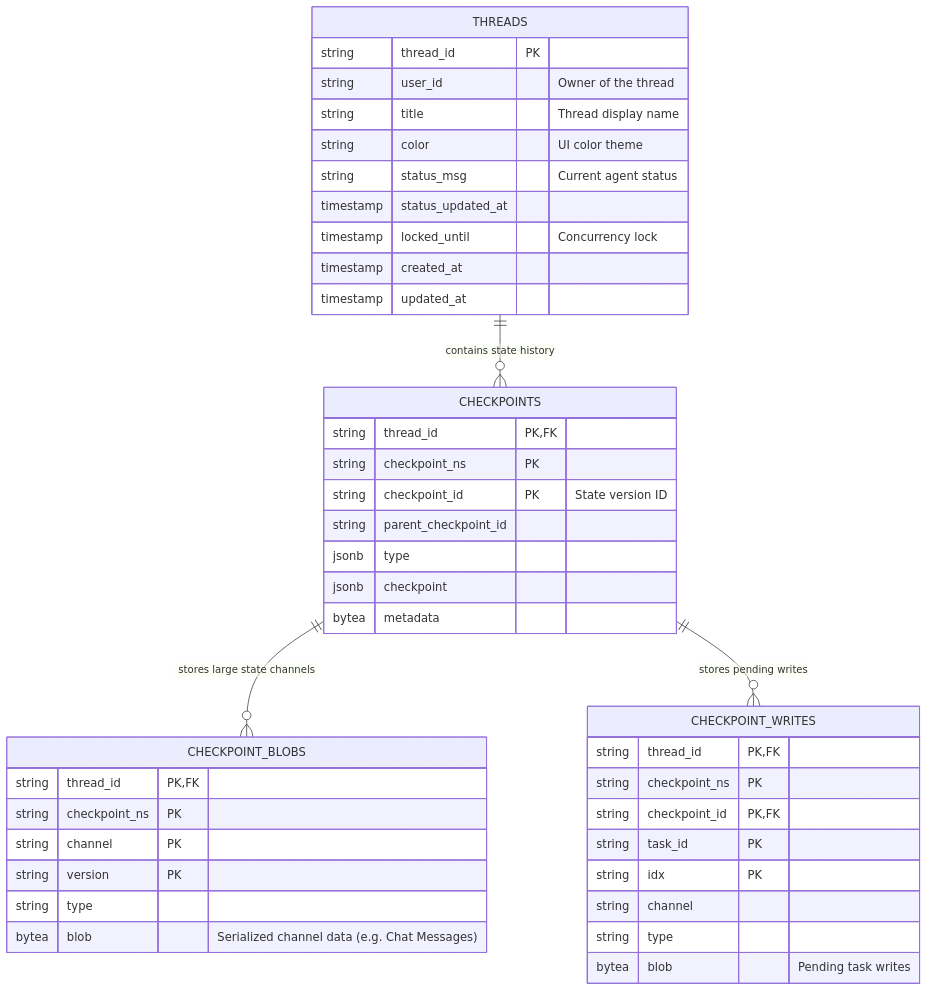
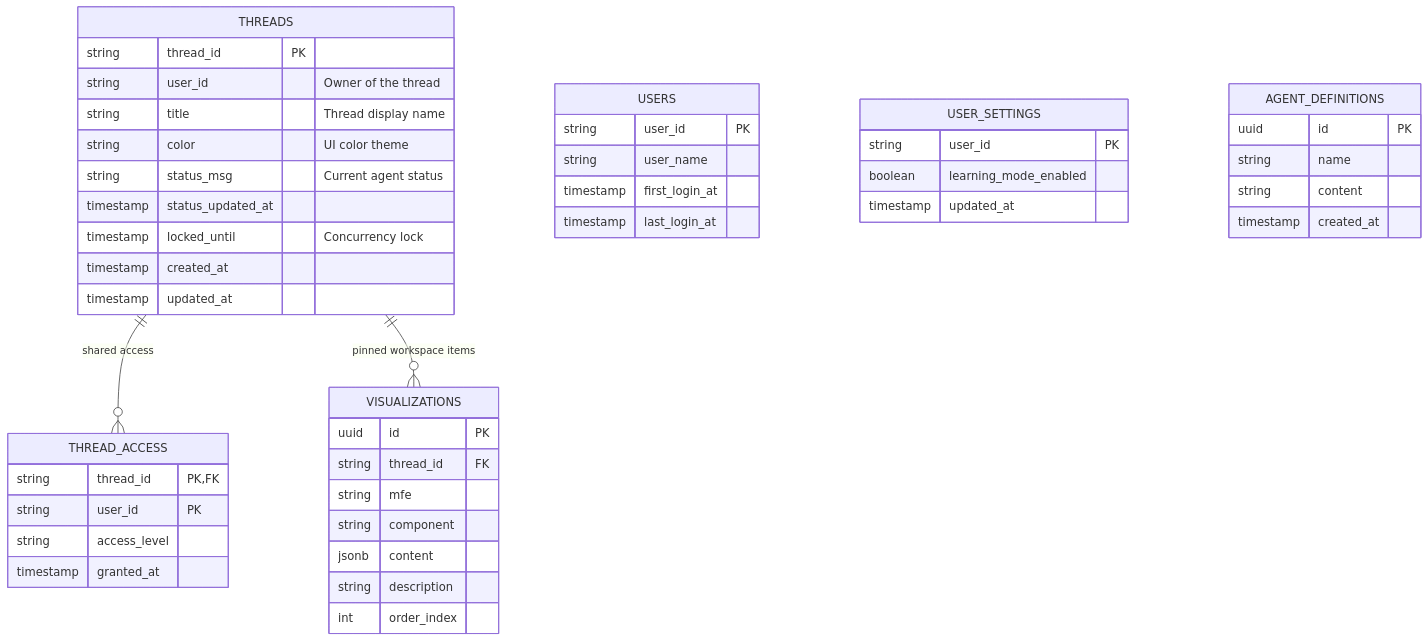
Before and after one commit to PolecatWorks/Angry-agent: the diagram in README.md, drawn with Mermaid. The commit also changed other lines of this file and 73 other files, not shown here.

````diff
--- a/README.md
+++ b/README.md
@@ -73,50 +62,54 @@
 ```mermaid
 erDiagram
-    %% Application metadata
     THREADS {
         string thread_id PK
         string user_id "Owner of the thread"
         string title "Thread display name"
         string color "UI color theme"
         string status_msg "Current agent status"
         timestamp status_updated_at
         timestamp locked_until "Concurrency lock"
         timestamp created_at
         timestamp updated_at
     }
 
-    %% Managed entirely by LangGraph Checkpointer
-    CHECKPOINTS {
+    THREAD_ACCESS {
         string thread_id PK, FK
-        string checkpoint_ns PK
-        string checkpoint_id PK "State version ID"
-        string parent_checkpoint_id
-        jsonb type
-        jsonb checkpoint
-        bytea metadata
+        string user_id PK
+        string access_level
+        timestamp granted_at
     }
 
-    CHECKPOINT_BLOBS {
-        string thread_id PK, FK
-        string checkpoint_ns PK
-        string channel PK
-        string version PK
-        string type
-        bytea blob "Serialized channel data (e.g. Chat Messages)"
+    VISUALIZATIONS {
+        uuid id PK
+        string thread_id FK
+        string mfe
+        string component
+        jsonb content
+        string description
+        int order_index
     }
 
-    CHECKPOINT_WRITES {
-        string thread_id PK, FK
-        string checkpoint_ns PK
-        string checkpoint_id PK, FK
-        string task_id PK
-        string idx PK
-        string channel
-        string type
-        bytea blob "Pending task writes"
+    USERS {
+        string user_id PK
+        string user_name
+        timestamp first_login_at
+        timestamp last_login_at
     }
 
-    THREADS ||--o{ CHECKPOINTS : "contains state history"
-    CHECKPOINTS ||--o{ CHECKPOINT_BLOBS : "stores large state channels"
-    CHECKPOINTS ||--o{ CHECKPOINT_WRITES : "stores pending writes"
+    USER_SETTINGS {
+        string user_id PK
+        boolean learning_mode_enabled
+        timestamp updated_at
+    }
+
+    AGENT_DEFINITIONS {
+        uuid id PK
+        string name
+        string content
+        timestamp created_at
+    }
+
+    THREADS ||--o{ THREAD_ACCESS : "shared access"
+    THREADS ||--o{ VISUALIZATIONS : "pinned workspace items"
 ```
````
